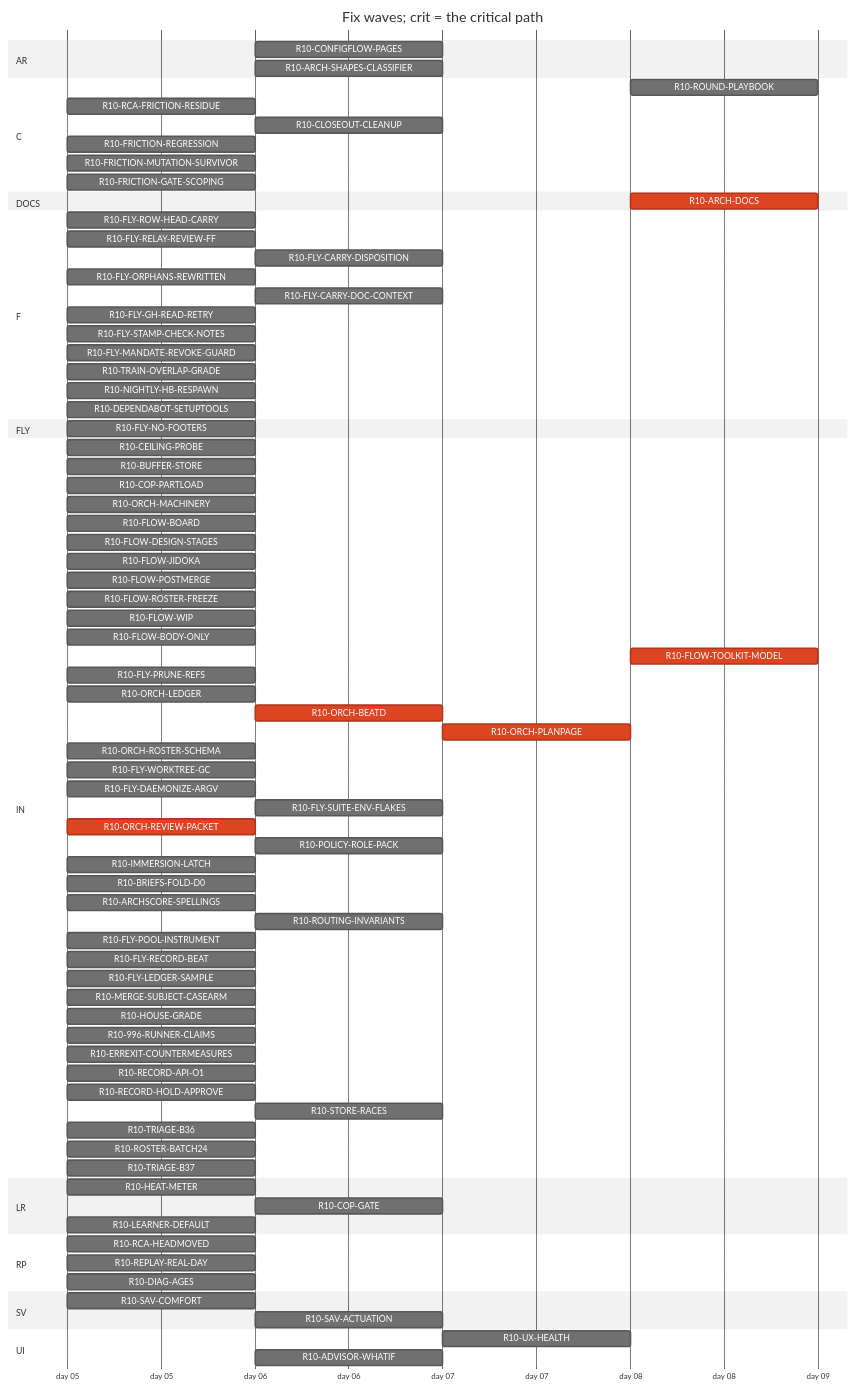
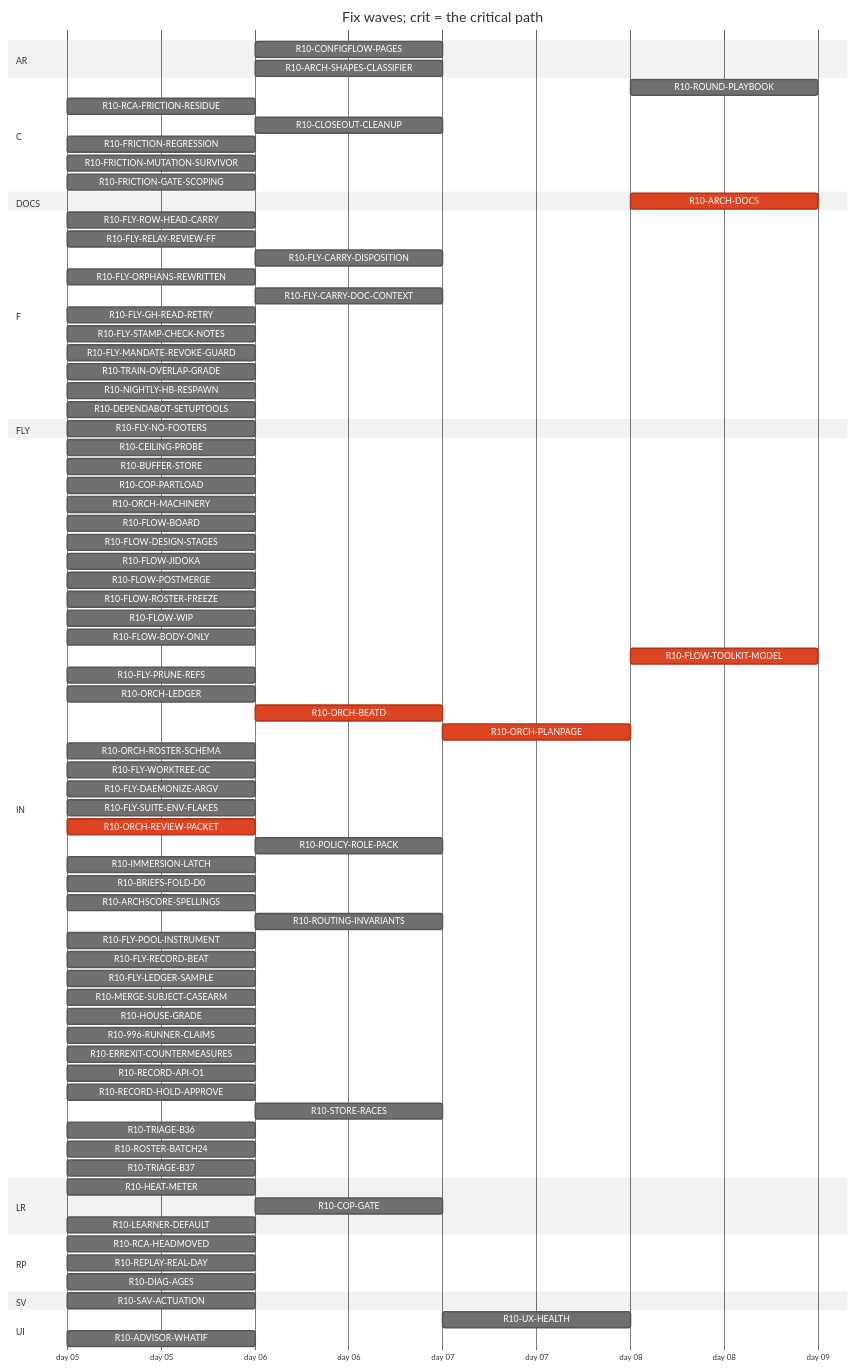
One commit to tvofi/heatpump_optimizer changed the diagram in handoff/round10/state/PLAN-TABLE.md. Above: the diagram before and after it, drawn with Mermaid (neutral theme). The commit also changed other lines of this file and 2 other files, not shown here.

````diff
--- a/handoff/round10/state/PLAN-TABLE.md
+++ b/handoff/round10/state/PLAN-TABLE.md
@@ -36,7 +36,7 @@
     R10-FRICTION-MUTATION-SURVIVOR :r10FRICTIONMUTATIONSURVIVOR, 2026-01-05, 1d
     R10-FRICTION-GATE-SCOPING :r10FRICTIONGATESCOPING, 2026-01-05, 1d
   section DOCS
-    R10-ARCH-DOCS :crit, r10ARCHDOCS, after r10HEATMETER r10COPGATE r10UXHEALTH r10CONFIGFLOWPAGES r10RCAHEADMOVED r10SAVCOMFORT r10CEILINGPROBE r10BUFFERSTORE r10COPPARTLOAD r10LEARNERDEFAULT r10FLOWBOARD r10FLOWDESIGNSTAGES r10FLOWJIDOKA r10FLOWPOSTMERGE r10FLOWROSTERFREEZE r10FLOWWIP r10FLOWBODYONLY r10FLYROWHEADCARRY r10FLYRELAYREVIEWFF r10FLYCARRYDISPOSITION r10FLYORPHANSREWRITTEN r10FLYCARRYDOCCONTEXT r10FLOWTOOLKITMODEL r10FLYSTAMPCHECKNOTES r10FLYMANDATEREVOKEGUARD r10RCAFRICTIONRESIDUE r10TRAINOVERLAPGRADE r10NIGHTLYHBRESPAWN r10FLYPRUNEREFS r10ORCHLEDGER r10ORCHBEATD r10ORCHPLANPAGE r10ORCHROSTERSCHEMA r10FLYWORKTREEGC r10FLYDAEMONIZEARGV r10ORCHREVIEWPACKET r10POLICYROLEPACK r10IMMERSIONLATCH r10BRIEFSFOLDD0 r10REPLAYREALDAY r10ARCHSCORESPELLINGS r10SAVACTUATION r10FLYLEDGERSAMPLE, 1d
+    R10-ARCH-DOCS :crit, r10ARCHDOCS, after r10HEATMETER r10COPGATE r10UXHEALTH r10CONFIGFLOWPAGES r10RCAHEADMOVED r10CEILINGPROBE r10BUFFERSTORE r10COPPARTLOAD r10LEARNERDEFAULT r10FLOWBOARD r10FLOWDESIGNSTAGES r10FLOWJIDOKA r10FLOWPOSTMERGE r10FLOWROSTERFREEZE r10FLOWWIP r10FLOWBODYONLY r10FLYROWHEADCARRY r10FLYRELAYREVIEWFF r10FLYCARRYDISPOSITION r10FLYORPHANSREWRITTEN r10FLYCARRYDOCCONTEXT r10FLOWTOOLKITMODEL r10FLYSTAMPCHECKNOTES r10FLYMANDATEREVOKEGUARD r10RCAFRICTIONRESIDUE r10TRAINOVERLAPGRADE r10NIGHTLYHBRESPAWN r10FLYPRUNEREFS r10ORCHLEDGER r10ORCHBEATD r10ORCHPLANPAGE r10ORCHROSTERSCHEMA r10FLYWORKTREEGC r10FLYDAEMONIZEARGV r10ORCHREVIEWPACKET r10POLICYROLEPACK r10IMMERSIONLATCH r10BRIEFSFOLDD0 r10REPLAYREALDAY r10ARCHSCORESPELLINGS r10SAVACTUATION r10FLYLEDGERSAMPLE, 1d
   section F
     R10-FLY-ROW-HEAD-CARRY :r10FLYROWHEADCARRY, 2026-01-05, 1d
     R10-FLY-RELAY-REVIEW-FF :r10FLYRELAYREVIEWFF, 2026-01-05, 1d
@@ -71,7 +71,7 @@
     R10-ORCH-ROSTER-SCHEMA :r10ORCHROSTERSCHEMA, 2026-01-05, 1d
     R10-FLY-WORKTREE-GC :r10FLYWORKTREEGC, 2026-01-05, 1d
     R10-FLY-DAEMONIZE-ARGV :r10FLYDAEMONIZEARGV, 2026-01-05, 1d
-    R10-FLY-SUITE-ENV-FLAKES :r10FLYSUITEENVFLAKES, after r10SAVCOMFORT, 1d
+    R10-FLY-SUITE-ENV-FLAKES :r10FLYSUITEENVFLAKES, 2026-01-05, 1d
     R10-ORCH-REVIEW-PACKET :crit, r10ORCHREVIEWPACKET, 2026-01-05, 1d
     R10-POLICY-ROLE-PACK :r10POLICYROLEPACK, after r10FLOWDESIGNSTAGES, 1d
     R10-IMMERSION-LATCH :r10IMMERSIONLATCH, 2026-01-05, 1d
@@ -100,9 +100,8 @@
     R10-REPLAY-REAL-DAY :r10REPLAYREALDAY, 2026-01-05, 1d
     R10-DIAG-AGES :r10DIAGAGES, 2026-01-05, 1d
   section SV
-    R10-SAV-COMFORT :r10SAVCOMFORT, 2026-01-05, 1d
-    R10-SAV-ACTUATION :r10SAVACTUATION, after r10SAVCOMFORT, 1d
+    R10-SAV-ACTUATION :r10SAVACTUATION, 2026-01-05, 1d
   section UI
-    R10-UX-HEALTH :r10UXHEALTH, after r10COPGATE r10HEATMETER r10SAVCOMFORT, 1d
-    R10-ADVISOR-WHATIF :r10ADVISORWHATIF, after r10SAVCOMFORT, 1d
+    R10-UX-HEALTH :r10UXHEALTH, after r10COPGATE r10HEATMETER, 1d
+    R10-ADVISOR-WHATIF :r10ADVISORWHATIF, 2026-01-05, 1d
 ```
````
